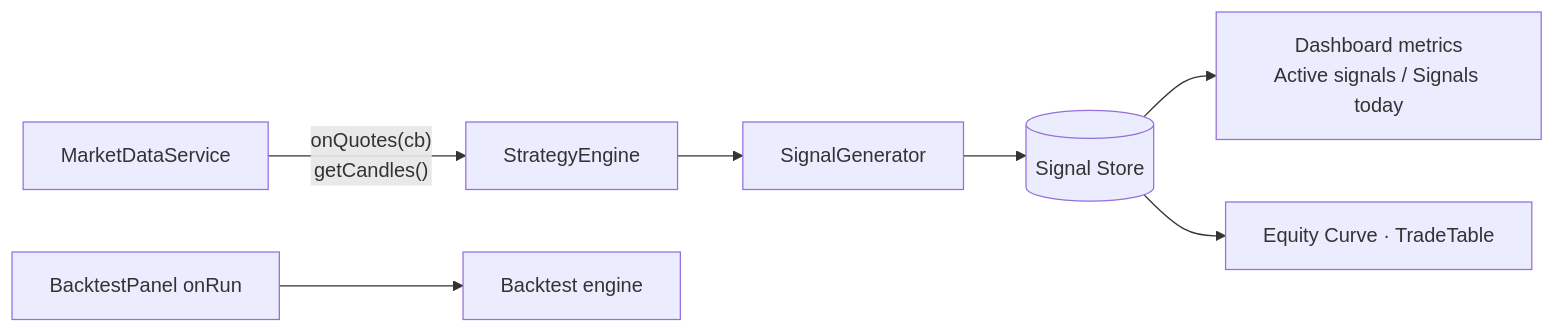
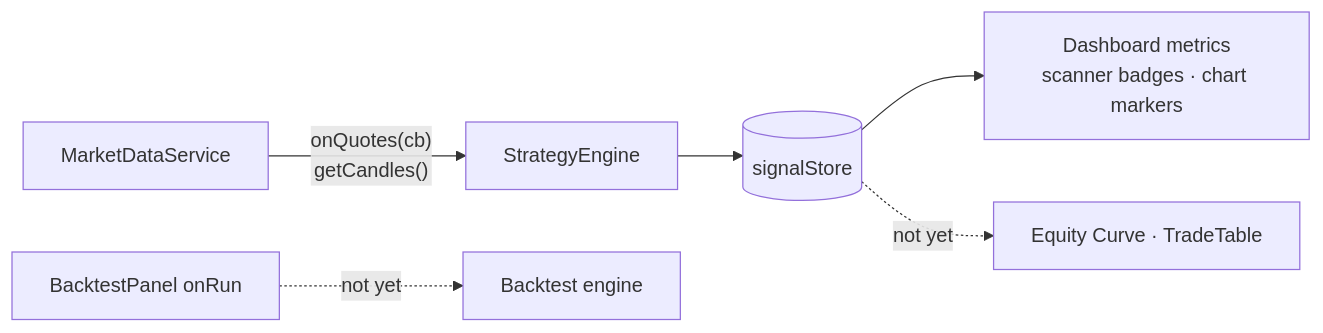
Before and after one commit to davide963-ux/ichialgo-ve-rea: diagram 11 of 11 in README.md, drawn with Mermaid. The commit also changed other lines of this file and 36 other files, not shown here.

````diff
--- a/README.md
+++ b/README.md
@@ -307,7 +527,7 @@
 ```mermaid
 flowchart LR
     MDS[MarketDataService] -->|"onQuotes(cb)<br/>getCandles()"| SE[StrategyEngine]
-    SE --> SG[SignalGenerator] --> SS[(Signal Store)] --> DB[Dashboard metrics<br/>Active signals / Signals today]
-    SS --> EQ[Equity Curve · TradeTable]
-    BT[BacktestPanel onRun] --> BE[Backtest engine]
+    SE --> SS[(signalStore)] --> DB[Dashboard metrics<br/>scanner badges · chart markers]
+    SS -.not yet.-> EQ[Equity Curve · TradeTable]
+    BT[BacktestPanel onRun] -.not yet.-> BE[Backtest engine]
 ```
````
